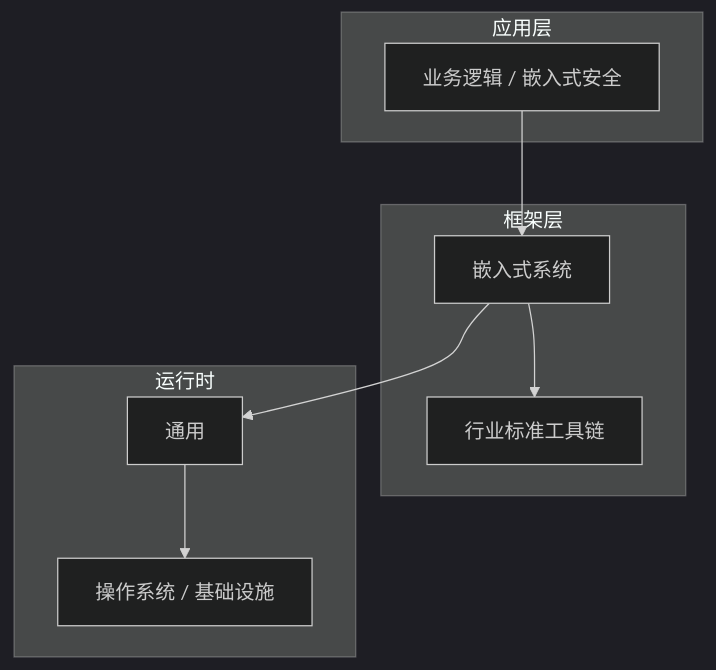
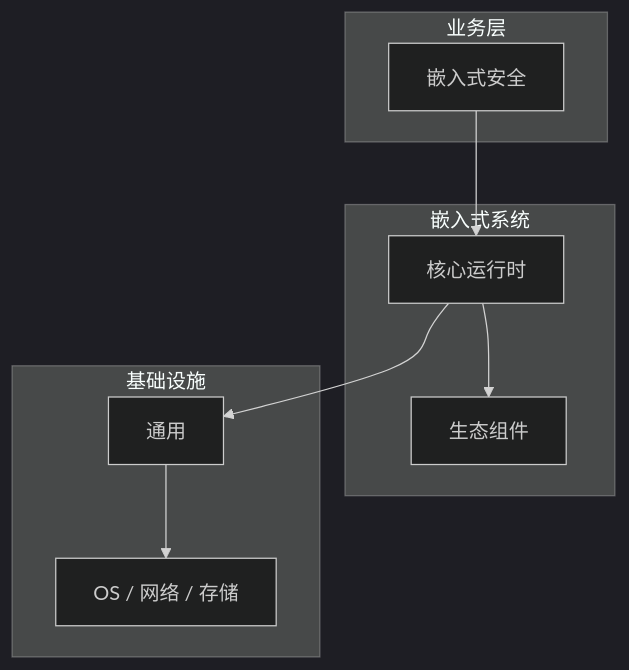
Before and after one commit to yanggan2015/knowledge-json-v2: the diagram in articles/嵌入式系统/chapters/091-嵌入式安全核心概念与原理.md, drawn with Mermaid (dark theme). The commit also changed other lines of this file and 10127 other files, not shown here.

````diff
--- a/articles/嵌入式系统/chapters/091-嵌入式安全核心概念与原理.md
+++ b/articles/嵌入式系统/chapters/091-嵌入式安全核心概念与原理.md
@@ -45,18 +34,18 @@
 ```mermaid
 graph TB
-    subgraph 应用层
-        A[业务逻辑 / 嵌入式安全]
+    subgraph 业务层
+        A[嵌入式安全]
     end
-    subgraph 框架层
-        B[嵌入式系统]
-        C[行业标准工具链]
+    subgraph 嵌入式系统
+        B[核心运行时]
+        C[生态组件]
     end
-    subgraph 运行时
+    subgraph 基础设施
         D[通用]
-        E[操作系统 / 基础设施]
+        E[OS / 网络 / 存储]
     end
     A --> B
     B --> C
     B --> D
     D --> E
 ```
````
